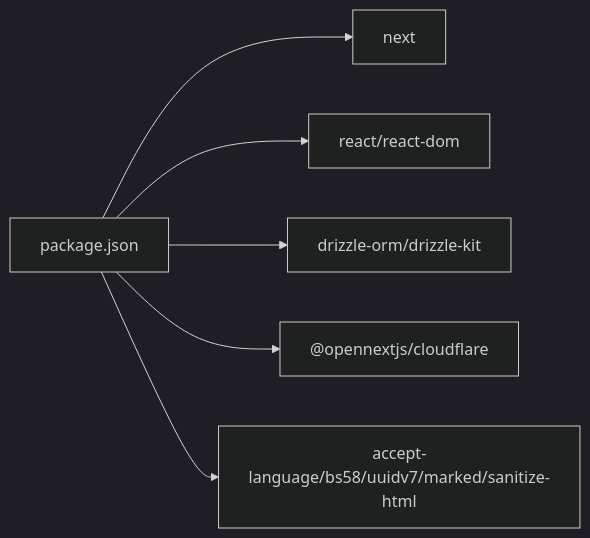
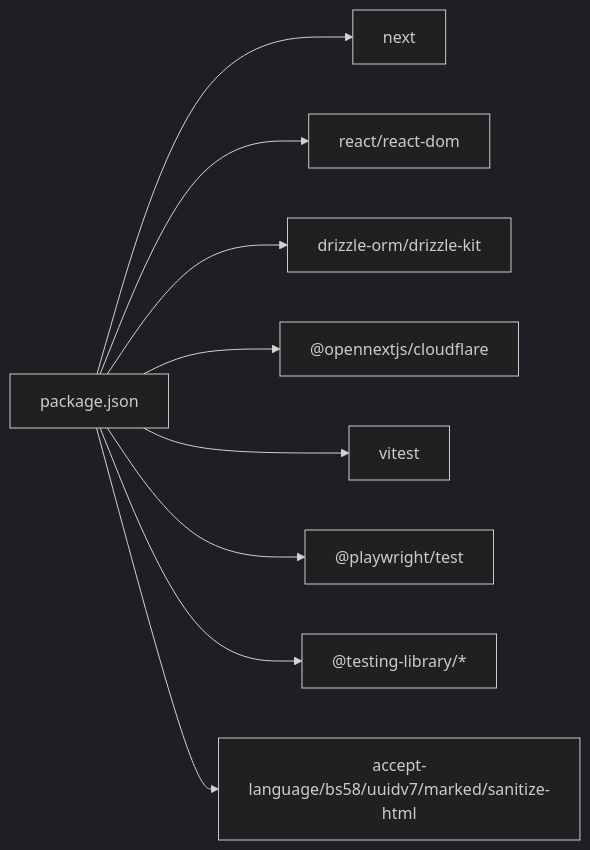
One commit to pnnh/weable changed the ninth of 9 diagrams in .qoder/repowiki/zh/content/开发指南/开发指南.md. Above: the diagram before and after it, drawn with Mermaid (dark theme). The commit also changed other lines of this file and 187 other files, not shown here.

````diff
--- a/.qoder/repowiki/zh/content/开发指南/开发指南.md
+++ b/.qoder/repowiki/zh/content/开发指南/开发指南.md
@@ -345,8 +412,11 @@
 ```mermaid
 graph LR
 PKG["package.json"] --> NEXT["next"]
 PKG --> REACT["react/react-dom"]
 PKG --> DRIZZLE["drizzle-orm/drizzle-kit"]
 PKG --> CF["@opennextjs/cloudflare"]
+PKG --> VITEST["vitest"]
+PKG --> PW["@playwright/test"]
+PKG --> TESTLIB["@testing-library/*"]
 PKG --> UTILS["accept-language/bs58/uuidv7/marked/sanitize-html"]
 ```
````
